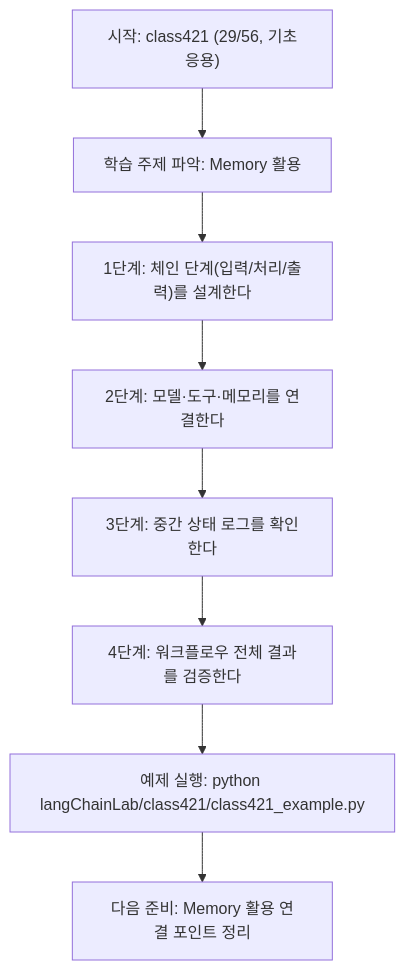
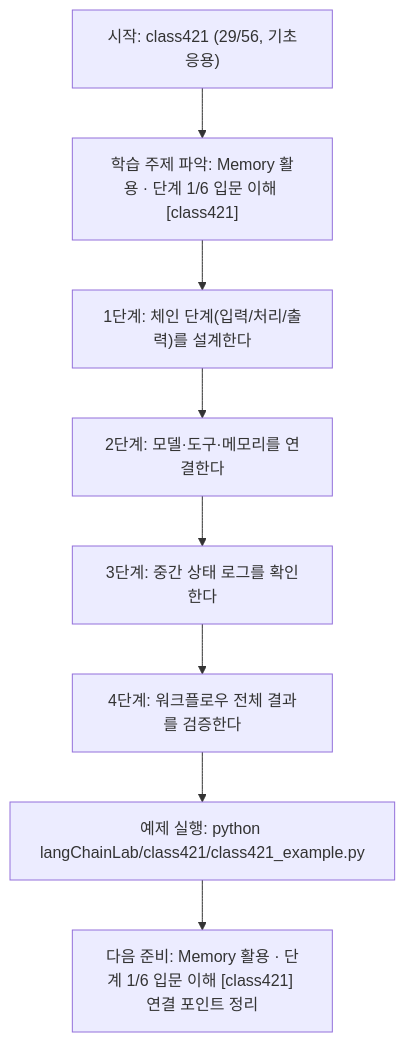
The diagram in langChainLab/class421/class421.md (edumgt/Python-AI_Agent-Class), drawn with Mermaid before and after one commit. The commit also changed other lines of this file and 522 other files, not shown here.

````diff
--- a/langChainLab/class421/class421.md
+++ b/langChainLab/class421/class421.md
@@ -108,18 +109,18 @@
 ```mermaid
 flowchart TD
 N1["시작: class421 (29/56, 기초응용)"]
-N2["학습 주제 파악: Memory 활용"]
+N2["학습 주제 파악: Memory 활용 · 단계 1/6 입문 이해 [class421]"]
 N3["1단계: 체인 단계(입력/처리/출력)를 설계한다"]
 N4["2단계: 모델·도구·메모리를 연결한다"]
 N5["3단계: 중간 상태 로그를 확인한다"]
 N6["4단계: 워크플로우 전체 결과를 검증한다"]
 N7["예제 실행: python langChainLab/class421/class421_example.py"]
-N8["다음 준비: Memory 활용 연결 포인트 정리"]
+N8["다음 준비: Memory 활용 · 단계 1/6 입문 이해 [class421] 연결 포인트 정리"]
 N1 --> N2
 N2 --> N3
 N3 --> N4
 N4 --> N5
 N5 --> N6
 N6 --> N7
 N7 --> N8
 ```
````
